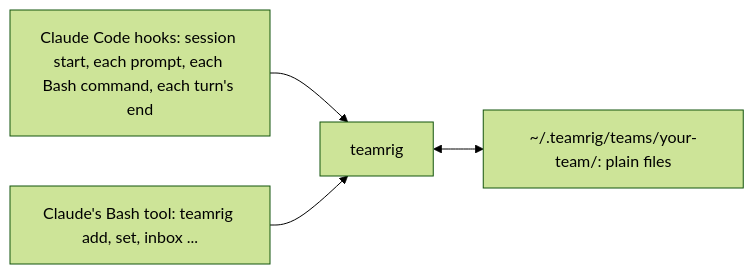
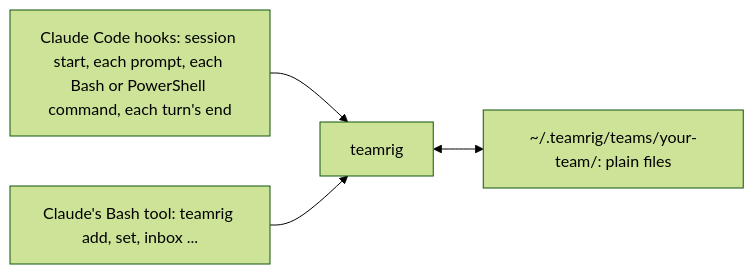
Before and after one commit to GeneralA6/teamrig: the diagram in docs/features.md, drawn with Mermaid (forest theme). The commit also changed other lines of this file, not shown here.

First line of the commit message:
docs: features claims only what the code does

````diff
--- a/docs/features.md
+++ b/docs/features.md
@@ -56,6 +57,6 @@
 ```mermaid
 flowchart LR
-  hooks["Claude Code hooks: session start, each prompt, each Bash command, each turn's end"] --> cli["teamrig"]
+  hooks["Claude Code hooks: session start, each prompt, each Bash or PowerShell command, each turn's end"] --> cli["teamrig"]
   bash["Claude's Bash tool: teamrig add, set, inbox ..."] --> cli
   cli <--> files["~/.teamrig/teams/your-team/: plain files"]
 ```
````
